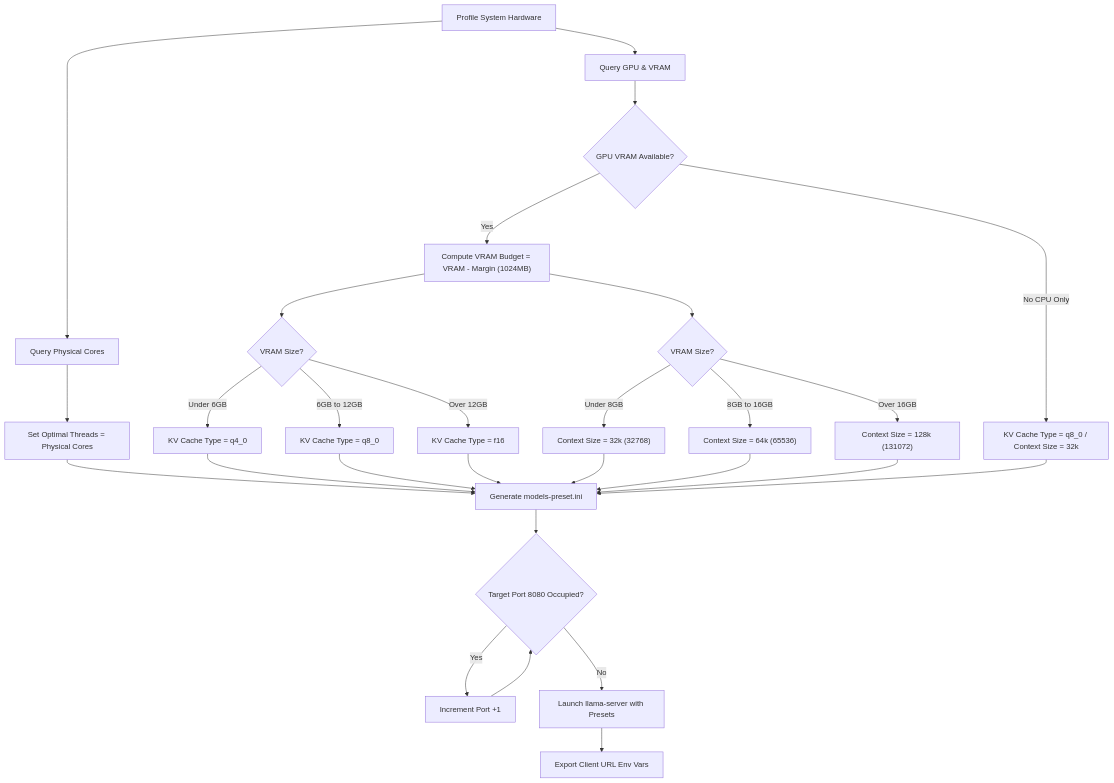
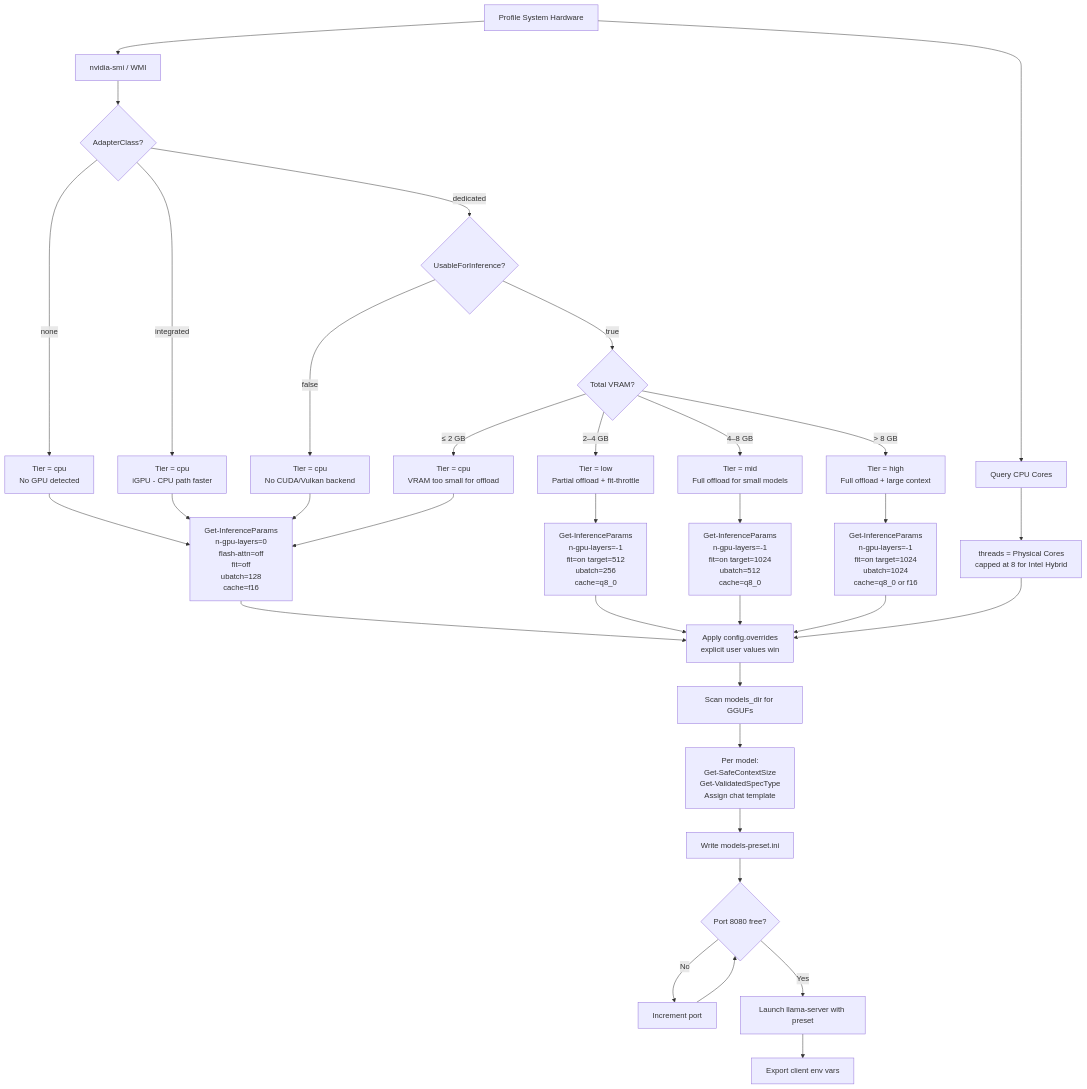
The diagram in ARCHITECTURE.md (vijaytank/llm-manager), drawn with Mermaid before and after one commit. The commit also changed other lines of this file and 5 other files, not shown here.

Commit message:
feat: implement hardware profiling and dynamic inference routing based on GPU capabilities

````diff
--- a/ARCHITECTURE.md
+++ b/ARCHITECTURE.md
@@ -11,35 +43,38 @@
 ```mermaid
 graph TD
-    Start[Profile System Hardware] --> GetCPU[Query Physical Cores]
-    GetCPU --> SetThreads["Set Optimal Threads = Physical Cores"]
-    Start --> GetGPU[Query GPU & VRAM]
-    GetGPU --> CheckVRAM{GPU VRAM Available?}
-    
-    CheckVRAM -->|Yes| CalculateBudget["Compute VRAM Budget = VRAM - Margin (1024MB)"]
-    CalculateBudget --> SelectCache{VRAM Size?}
-    SelectCache -->|Under 6GB| CacheQ4["KV Cache Type = q4_0"]
-    SelectCache -->|6GB to 12GB| CacheQ8["KV Cache Type = q8_0"]
-    SelectCache -->|Over 12GB| CacheF16["KV Cache Type = f16"]
-    
-    CalculateBudget --> SelectContext{VRAM Size?}
-    SelectContext -->|Under 8GB| Ctx32["Context Size = 32k (32768)"]
-    SelectContext -->|8GB to 16GB| Ctx64["Context Size = 64k (65536)"]
-    SelectContext -->|Over 16GB| Ctx128["Context Size = 128k (131072)"]
-    
-    CheckVRAM -->|No CPU Only| CacheCPUPorts["KV Cache Type = q8_0 / Context Size = 32k"]
-    
-    SetThreads --> GenerateIni[Generate models-preset.ini]
-    CacheQ4 --> GenerateIni
-    CacheQ8 --> GenerateIni
-    CacheF16 --> GenerateIni
-    Ctx32 --> GenerateIni
-    Ctx64 --> GenerateIni
-    Ctx128 --> GenerateIni
-    CacheCPUPorts --> GenerateIni
-    
-    GenerateIni --> PortCheck{Target Port 8080 Occupied?}
-    PortCheck -->|Yes| ShiftPort[Increment Port +1]
+    Start[Profile System Hardware] --> DetectCPU[Query CPU Cores]
+    Start --> DetectGPU[nvidia-smi / WMI]
+
+    DetectGPU --> ClassifyAdapter{AdapterClass?}
+    ClassifyAdapter -->|none| TierCPU_None["Tier = cpu\nNo GPU detected"]
+    ClassifyAdapter -->|integrated| TierCPU_iGPU["Tier = cpu\niGPU - CPU path faster"]
+    ClassifyAdapter -->|dedicated| CheckBackend{UsableForInference?}
+
+    CheckBackend -->|false| TierCPU_NoBE["Tier = cpu\nNo CUDA/Vulkan backend"]
+    CheckBackend -->|true| CheckVRAM{Total VRAM?}
+
+    CheckVRAM -->|"≤ 2 GB"| TierCPU_LowV["Tier = cpu\nVRAM too small for offload"]
+    CheckVRAM -->|"2–4 GB"| TierLow["Tier = low\nPartial offload + fit-throttle"]
+    CheckVRAM -->|"4–8 GB"| TierMid["Tier = mid\nFull offload for small models"]
+    CheckVRAM -->|"> 8 GB"| TierHigh["Tier = high\nFull offload + large context"]
+
+    TierCPU_None & TierCPU_iGPU & TierCPU_NoBE & TierCPU_LowV --> GetParams_CPU["Get-InferenceParams\nn-gpu-layers=0\nflash-attn=off\nfit=off\nubatch=128\ncache=f16"]
+    TierLow --> GetParams_Low["Get-InferenceParams\nn-gpu-layers=-1\nfit=on target=512\nubatch=256\ncache=q8_0"]
+    TierMid --> GetParams_Mid["Get-InferenceParams\nn-gpu-layers=-1\nfit=on target=1024\nubatch=512\ncache=q8_0"]
+    TierHigh --> GetParams_High["Get-InferenceParams\nn-gpu-layers=-1\nfit=on target=1024\nubatch=1024\ncache=q8_0 or f16"]
+
+    DetectCPU --> SetThreads["threads = Physical Cores\ncapped at 8 for Intel Hybrid"]
+
+    GetParams_CPU & GetParams_Low & GetParams_Mid & GetParams_High --> ApplyOverrides["Apply config.overrides\nexplicit user values win"]
+    SetThreads --> ApplyOverrides
+
+    ApplyOverrides --> ScanModels[Scan models_dir for GGUFs]
+    ScanModels --> PerModel["Per model:\nGet-SafeContextSize\nGet-ValidatedSpecType\nAssign chat template"]
+
+    PerModel --> WritePreset[Write models-preset.ini]
+    WritePreset --> PortCheck{Port 8080 free?}
+    PortCheck -->|No| ShiftPort[Increment port]
     ShiftPort --> PortCheck
-    PortCheck -->|No| LaunchServer[Launch llama-server with Presets]
-    LaunchServer --> ExportEnv[Export Client URL Env Vars]
+    PortCheck -->|Yes| Launch[Launch llama-server with preset]
+    Launch --> ExportEnv[Export client env vars]
 ```
````
